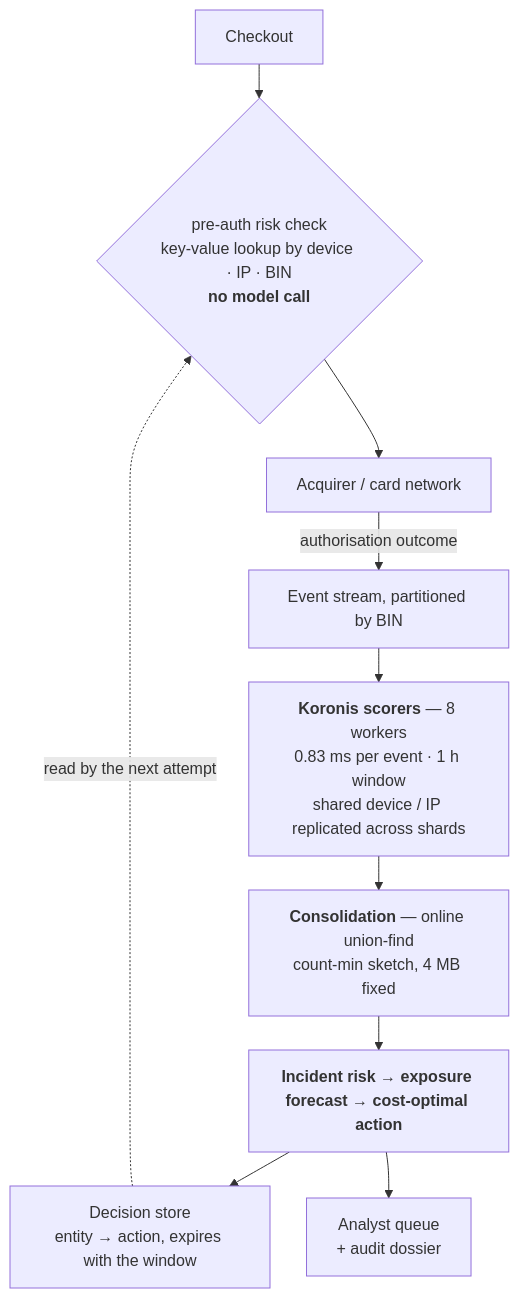
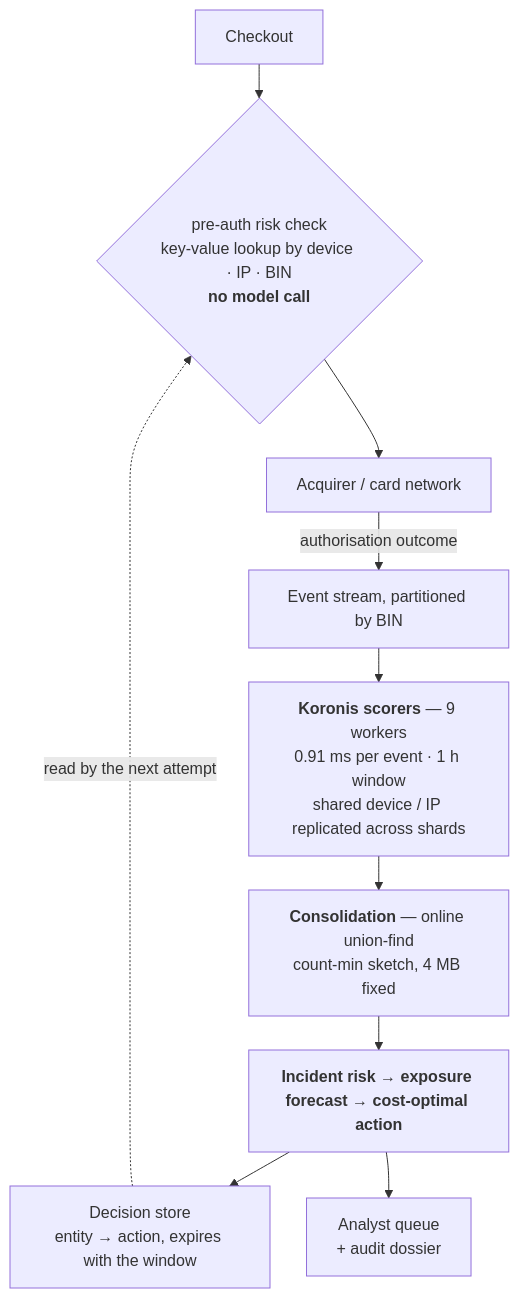
The second of 2 diagrams in README.md (Yashasm18/koronis), drawn with Mermaid before and after one commit. The commit also changed other lines of this file and 44 other files, not shown here.

````diff
--- a/README.md
+++ b/README.md
@@ -165,13 +168,13 @@
 ```mermaid
 %%{init: {"flowchart": {"nodeSpacing": 26, "rankSpacing": 34}}}%%
 flowchart TB
     CO["Checkout"] --> PRE{"pre-auth risk check<br/>key-value lookup by device · IP · BIN<br/><b>no model call</b>"}
     PRE --> ACQ["Acquirer / card network"]
     ACQ -->|"authorisation outcome"| BUS["Event stream, partitioned by BIN"]
-    BUS --> SC["<b>Koronis scorers</b> — 8 workers<br/>0.83 ms per event · 1 h window<br/>shared device / IP replicated across shards"]
+    BUS --> SC["<b>Koronis scorers</b> — 9 workers<br/>0.91 ms per event · 1 h window<br/>shared device / IP replicated across shards"]
     SC --> CON["<b>Consolidation</b> — online union-find<br/>count-min sketch, 4 MB fixed"]
     CON --> POL["<b>Incident risk → exposure forecast → cost-optimal action</b>"]
     POL --> KV["Decision store<br/>entity → action, expires with the window"]
     POL --> AQ["Analyst queue<br/>+ audit dossier"]
     KV -.->|"read by the next attempt"| PRE
 ```
````
